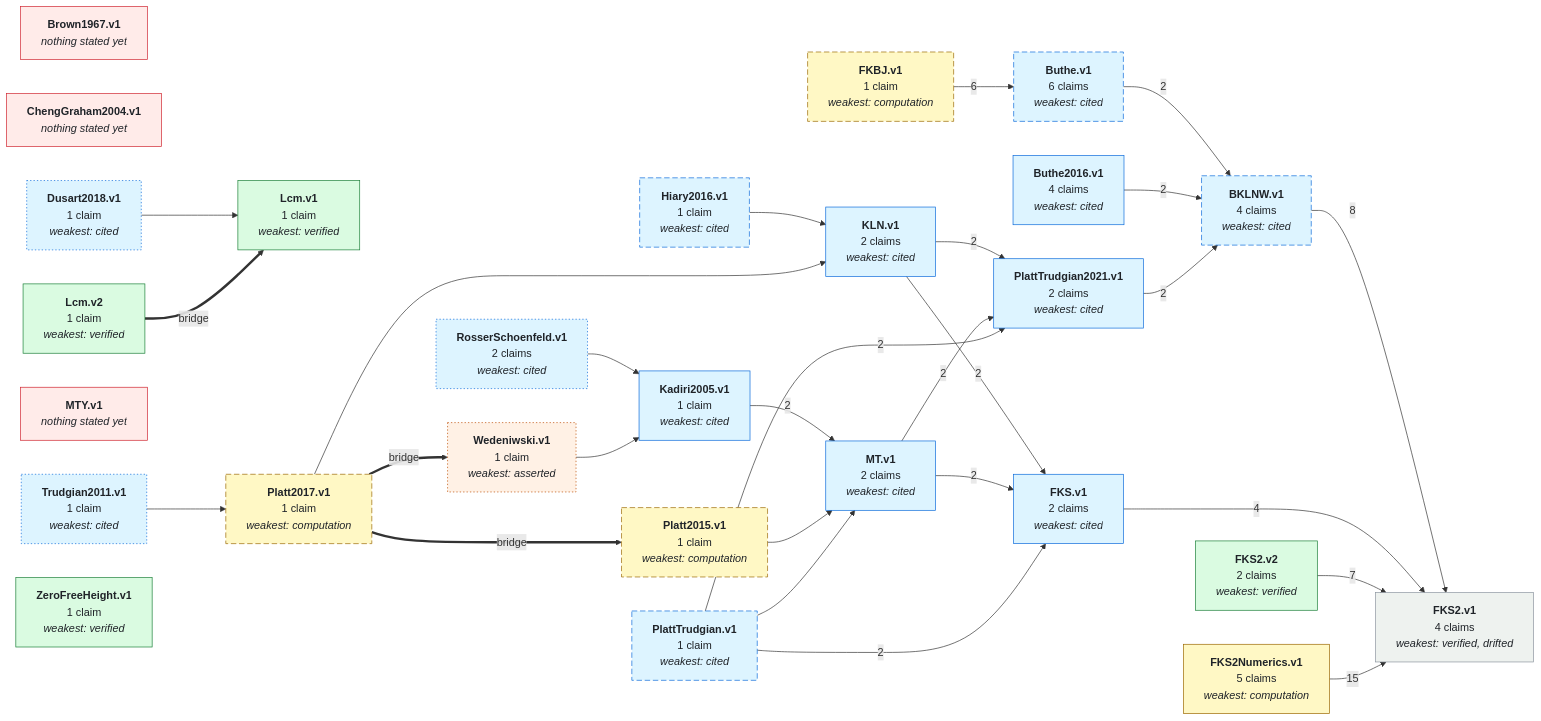
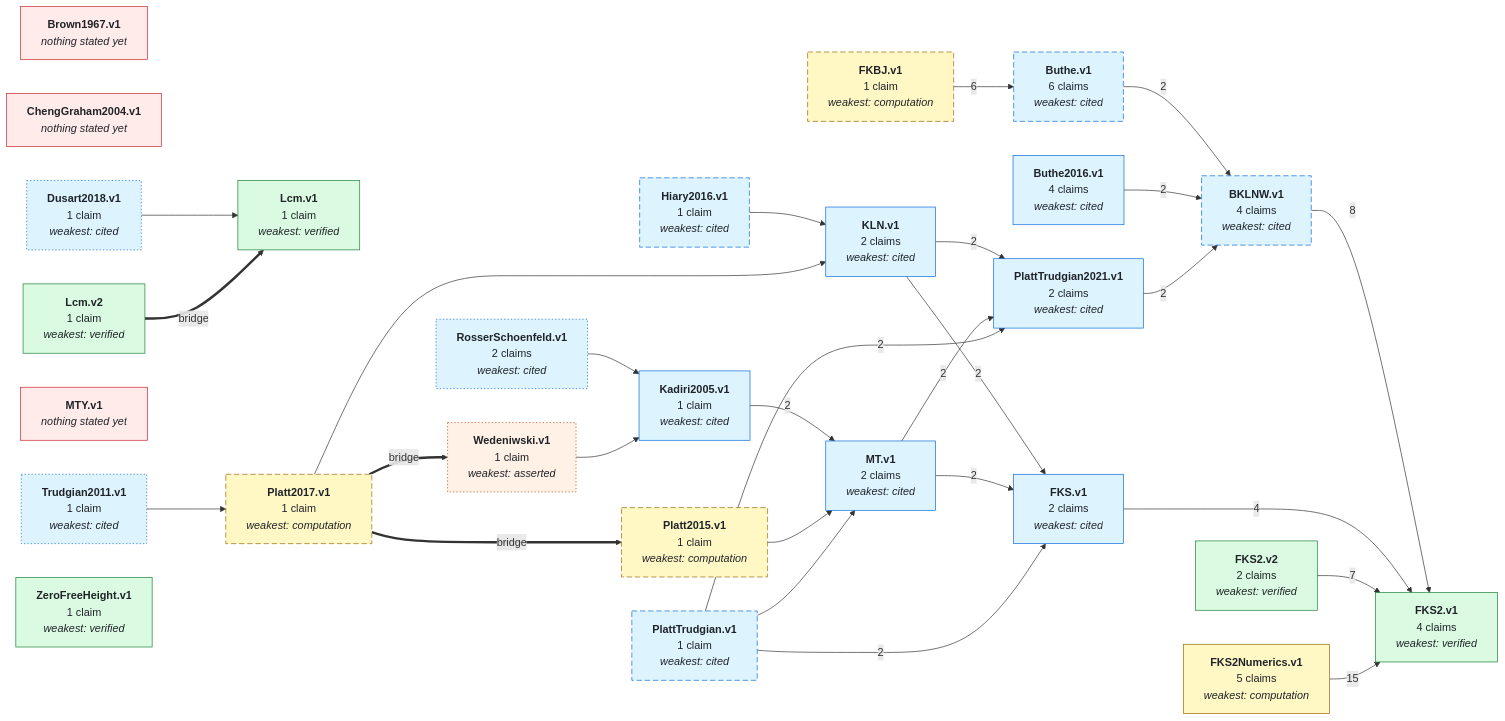
The first of 2 diagrams in GRAPH.md (teorth/IEANTN), drawn with Mermaid before and after one commit. The commit also changed other lines of this file and 8 other files, not shown here.

```diff
--- a/GRAPH.md
+++ b/GRAPH.md
@@ -60,7 +60,7 @@
   NDusart2018_v1["<b>Dusart2018.v1</b><br/>1 claim<br/><i>weakest: cited</i>"]
   NFKBJ_v1["<b>FKBJ.v1</b><br/>1 claim<br/><i>weakest: computation</i>"]
   NFKS_v1["<b>FKS.v1</b><br/>2 claims<br/><i>weakest: cited</i>"]
-  NFKS2_v1["<b>FKS2.v1</b><br/>4 claims<br/><i>weakest: verified, drifted</i>"]
+  NFKS2_v1["<b>FKS2.v1</b><br/>4 claims<br/><i>weakest: verified</i>"]
   NFKS2_v2["<b>FKS2.v2</b><br/>2 claims<br/><i>weakest: verified</i>"]
   NFKS2Numerics_v1["<b>FKS2Numerics.v1</b><br/>5 claims<br/><i>weakest: computation</i>"]
   NHiary2016_v1["<b>Hiary2016.v1</b><br/>1 claim<br/><i>weakest: cited</i>"]
@@ -116,11 +116,10 @@
   style NTrudgian2011_v1 stroke-dasharray: 2 3;
   style NWedeniwski_v1 stroke-dasharray: 2 3;
   class NBrown1967_v1,NChengGraham2004_v1,NMTY_v1 none_yet;
-  class NFKS2_v1 lean_comparator_drifted;
   class NWedeniwski_v1 asserted;
   class NBKLNW_v1,NButhe_v1,NButhe2016_v1,NDusart2018_v1,NFKS_v1,NHiary2016_v1,NKLN_v1,NKadiri2005_v1,NMT_v1,NPlattTrudgian_v1,NPlattTrudgian2021_v1,NRosserSchoenfeld_v1,NTrudgian2011_v1 literature;
   class NFKBJ_v1,NFKS2Numerics_v1,NPlatt2015_v1,NPlatt2017_v1 numerical;
-  class NFKS2_v2,NLcm_v1,NLcm_v2,NZeroFreeHeight_v1 lean_comparator;
+  class NFKS2_v1,NFKS2_v2,NLcm_v1,NLcm_v2,NZeroFreeHeight_v1 lean_comparator;
   click NBKLNW_v1 href "https://github.com/teorth/IEANTN/blob/main/docs/nodes/BKLNW-v1.md" _blank
   click NButhe_v1 href "https://github.com/teorth/IEANTN/blob/main/docs/nodes/Buthe-v1.md" _blank
   click NButhe2016_v1 href "https://github.com/teorth/IEANTN/blob/main/docs/nodes/Buthe2016-v1.md" _blank
```
